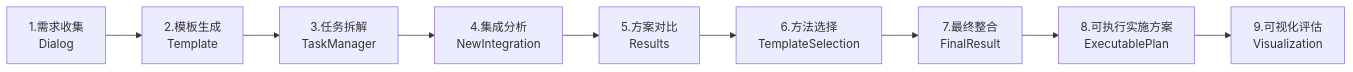
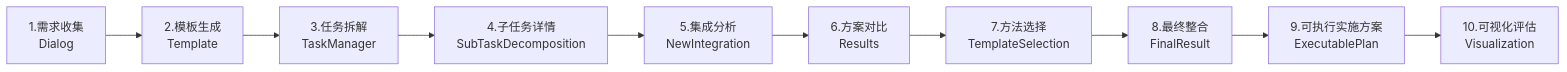
Before and after one commit to openKG-field/Yuanchuang_Platform: the diagram in README.md, drawn with Mermaid. The commit also changed other lines of this file, not shown here.

Commit message:
feat: 更新工作流程图，调整子任务与集成分析模块顺序，优化核心功能模块描述

````diff
--- a/README.md
+++ b/README.md
@@ -43,11 +43,12 @@
 ```mermaid
 graph LR
     Step1[1.需求收集<br/>Dialog] --> Step2[2.模板生成<br/>Template]
     Step2 --> Step3[3.任务拆解<br/>TaskManager]
-    Step3 --> Step4[4.集成分析<br/>NewIntegration]
-    Step4 --> Step5[5.方案对比<br/>Results]
-    Step5 --> Step6[6.方法选择<br/>TemplateSelection]
-    Step6 --> Step7[7.最终整合<br/>FinalResult]
-    Step7 --> Step8[8.可执行实施方案<br/>ExecutablePlan]
-    Step8 --> Step9[9.可视化评估<br/>Visualization]
+    Step3 --> Step4[4.子任务详情<br/>SubTaskDecomposition]
+    Step4 --> Step5[5.集成分析<br/>NewIntegration]
+    Step5 --> Step6[6.方案对比<br/>Results]
+    Step6 --> Step7[7.方法选择<br/>TemplateSelection]
+    Step7 --> Step8[8.最终整合<br/>FinalResult]
+    Step8 --> Step9[9.可执行实施方案<br/>ExecutablePlan]
+    Step9 --> Step10[10.可视化评估<br/>Visualization]
 ```
````
